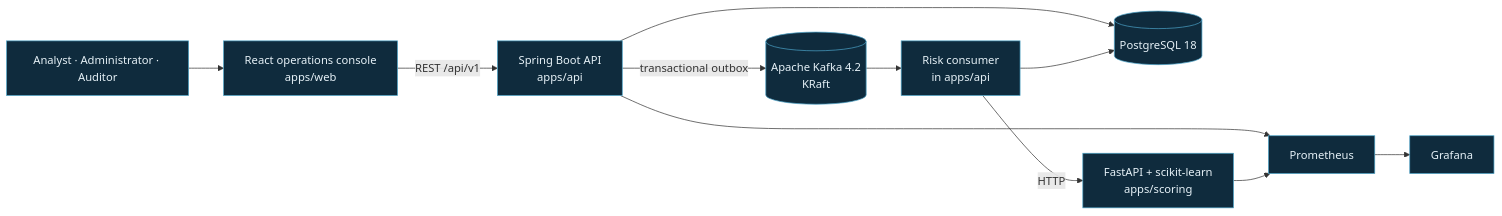
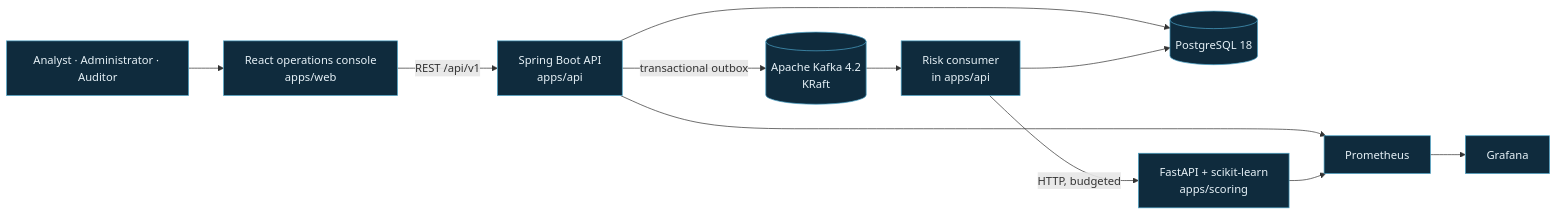
One commit to la3679/sentinelflow changed the first of 5 diagrams in README.md. Above: the diagram before and after it, drawn with Mermaid. The commit also changed other lines of this file, not shown here.

````diff
--- a/README.md
+++ b/README.md
@@ -164,16 +74,16 @@
 ```mermaid
 flowchart LR
     U["Analyst · Administrator · Auditor"] --> W["React operations console<br/>apps/web"]
     W -->|"REST /api/v1"| A["Spring Boot API<br/>apps/api"]
     A --> P[("PostgreSQL 18")]
     A -->|"transactional outbox"| K[("Apache Kafka 4.2<br/>KRaft")]
     K --> C["Risk consumer<br/>in apps/api"]
-    C -->|"HTTP"| M["FastAPI + scikit-learn<br/>apps/scoring"]
+    C -->|"HTTP, budgeted"| M["FastAPI + scikit-learn<br/>apps/scoring"]
     C --> P
     A --> O["Prometheus"]
     M --> O
     O --> G["Grafana"]
 
     classDef built fill:#0f2b3d,stroke:#4ba3c7,color:#e6f1f7
     class U,W,A,P,K,C,O,G,M built
 ```
````
